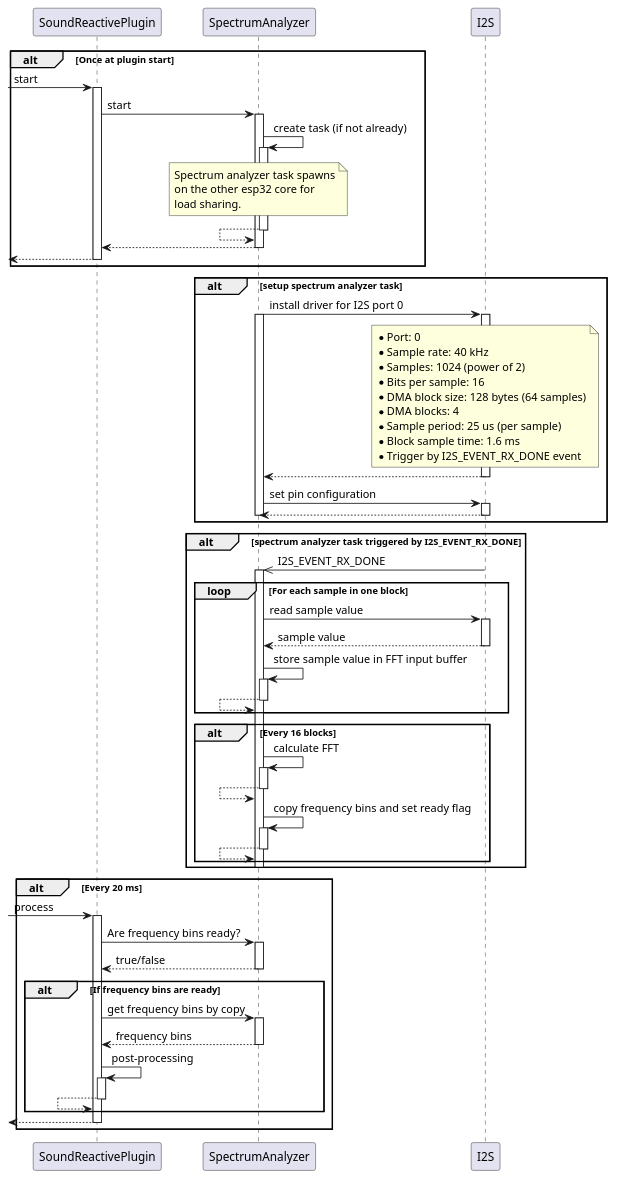
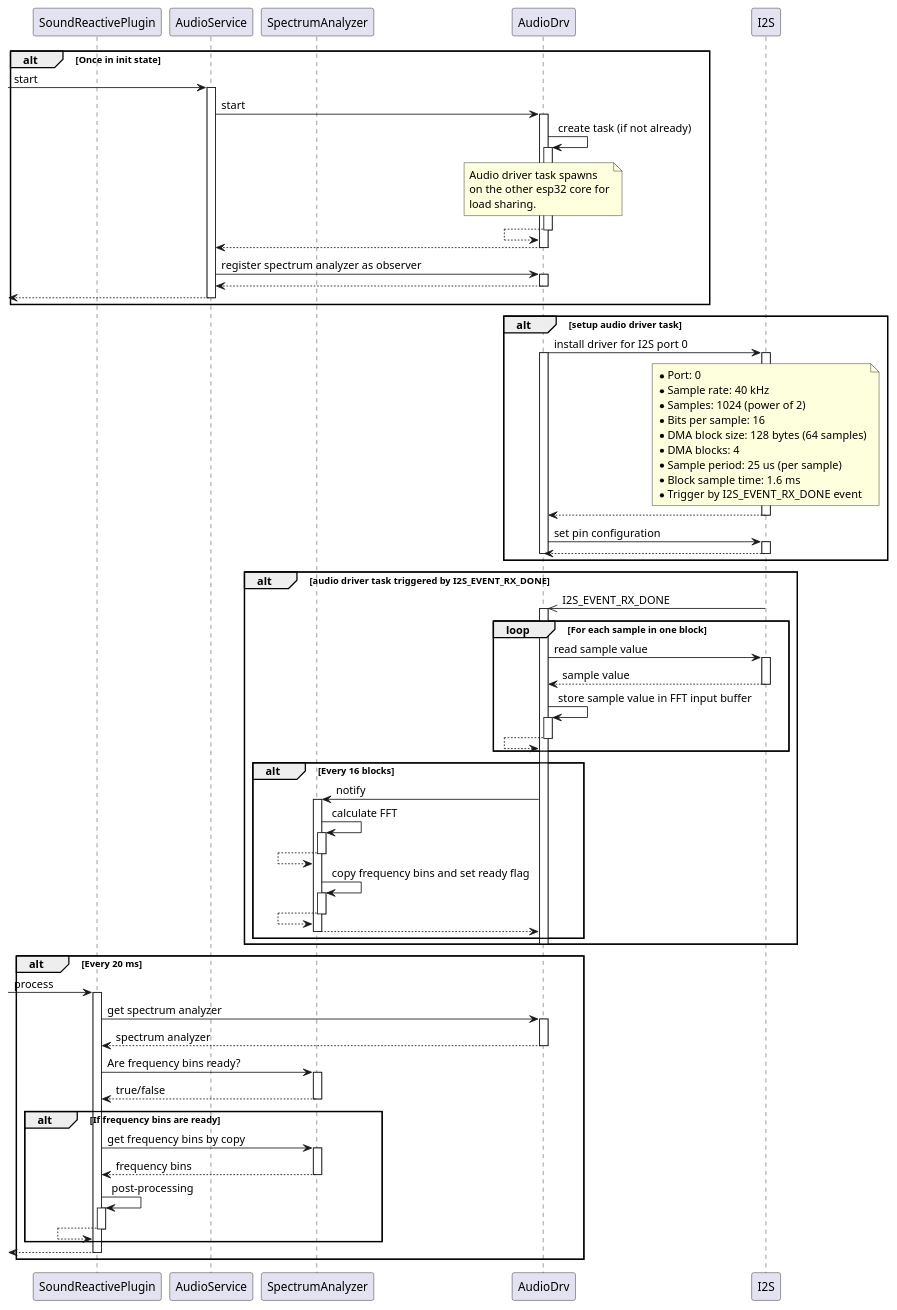
Before and after one commit to BlueAndi/Pixelix: the diagram in doc/architecture/uml/spectrum-analyzer.wsd, drawn with PlantUML. The commit also changed 17 other files, not shown here.

Commit message:
Audio service introduced

```diff
--- a/doc/architecture/uml/spectrum-analyzer.wsd
+++ b/doc/architecture/uml/spectrum-analyzer.wsd
@@ -1,100 +1,114 @@
 @startuml
 
 participant "SoundReactivePlugin" as plugin
+participant "AudioService" as audioService
 participant "SpectrumAnalyzer" as specAnalyzer
+participant "AudioDrv" as audioDrv
 participant "I2S" as i2s
 
 autoactivate on
 
-alt Once at plugin start
+alt Once in init state
 
--> plugin: start
-plugin -> specAnalyzer: start
-specAnalyzer -> specAnalyzer: create task (if not already)
+-> audioService: start
+    audioService -> audioDrv: start
 
-note over specAnalyzer
-    Spectrum analyzer task spawns
-    on the other esp32 core for
-    load sharing.
-end note
+        audioDrv -> audioDrv: create task (if not already)
 
-specAnalyzer <-- specAnalyzer
-plugin <-- specAnalyzer
-<-- plugin
+        note over audioDrv
+            Audio driver task spawns
+            on the other esp32 core for
+            load sharing.
+        end note
+
+        audioDrv <-- audioDrv
+
+    audioService <-- audioDrv
+    audioService -> audioDrv: register spectrum analyzer as observer
+    audioService <-- audioDrv
+<-- audioService
 
 end alt
 
-alt setup spectrum analyzer task
+alt setup audio driver task
 
-    specAnalyzer -> i2s: install driver for I2S port 0
+    audioDrv -> i2s: install driver for I2S port 0
 
-    activate specAnalyzer
+    activate audioDrv
 
     note over i2s
         * Port: 0
         * Sample rate: 40 kHz
         * Samples: 1024 (power of 2)
         * Bits per sample: 16
         * DMA block size: 128 bytes (64 samples)
         * DMA blocks: 4
         * Sample period: 25 us (per sample)
         * Block sample time: 1.6 ms
         * Trigger by I2S_EVENT_RX_DONE event
     end note
 
-    specAnalyzer <-- i2s
+    audioDrv <-- i2s
 
-    specAnalyzer -> i2s: set pin configuration
-    specAnalyzer <-- i2s
+    audioDrv -> i2s: set pin configuration
+    audioDrv <-- i2s
 
-    deactivate specAnalyzer
+    deactivate audioDrv
 
 end alt
 
-alt spectrum analyzer task triggered by I2S_EVENT_RX_DONE
+alt audio driver task triggered by I2S_EVENT_RX_DONE
 
-    specAnalyzer <<- i2s: I2S_EVENT_RX_DONE
+    audioDrv <<- i2s: I2S_EVENT_RX_DONE
 
     loop For each sample in one block
 
-        specAnalyzer -> i2s: read sample value
-        specAnalyzer <-- i2s: sample value
-        specAnalyzer -> specAnalyzer: store sample value in FFT input buffer
-        specAnalyzer <-- specAnalyzer
+        audioDrv -> i2s: read sample value
+        audioDrv <-- i2s: sample value
+        audioDrv -> audioDrv: store sample value in FFT input buffer
+        audioDrv <-- audioDrv
 
     end loop
 
     alt Every 16 blocks
 
-        specAnalyzer -> specAnalyzer: calculate FFT
-        specAnalyzer <-- specAnalyzer
-        specAnalyzer -> specAnalyzer: copy frequency bins and set ready flag
-        specAnalyzer <-- specAnalyzer
+        audioDrv -> specAnalyzer: notify
+
+            specAnalyzer -> specAnalyzer: calculate FFT
+            specAnalyzer <-- specAnalyzer
+            specAnalyzer -> specAnalyzer: copy frequency bins and set ready flag
+            specAnalyzer <-- specAnalyzer
+
+        audioDrv <-- specAnalyzer
 
     end alt
 
-    deactivate specAnalyzer
+    deactivate audioDrv
 
 end alt
 
 alt Every 20 ms
 
 -> plugin: process
-plugin -> specAnalyzer: Are frequency bins ready?
-plugin <-- specAnalyzer: true/false
 
-alt If frequency bins are ready
+    plugin -> audioDrv: get spectrum analyzer
+    plugin <-- audioDrv: spectrum analyzer
+    
+    plugin -> specAnalyzer: Are frequency bins ready?
+    plugin <-- specAnalyzer: true/false
 
-    plugin -> specAnalyzer: get frequency bins by copy
-    plugin <-- specAnalyzer: frequency bins
+    alt If frequency bins are ready
 
-    plugin -> plugin: post-processing
-    plugin <-- plugin
+        plugin -> specAnalyzer: get frequency bins by copy
+        plugin <-- specAnalyzer: frequency bins
+
+        plugin -> plugin: post-processing
+        plugin <-- plugin
+
+    end alt
+
+<-- plugin
 
 end alt
 
-<-- plugin
-
-end loop
-
 @enduml
```
